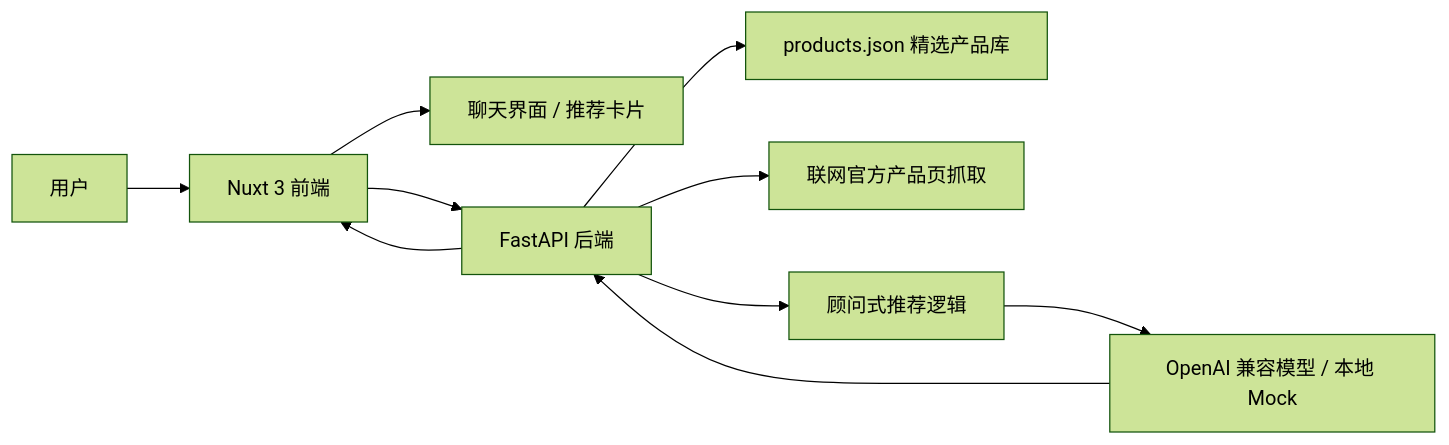
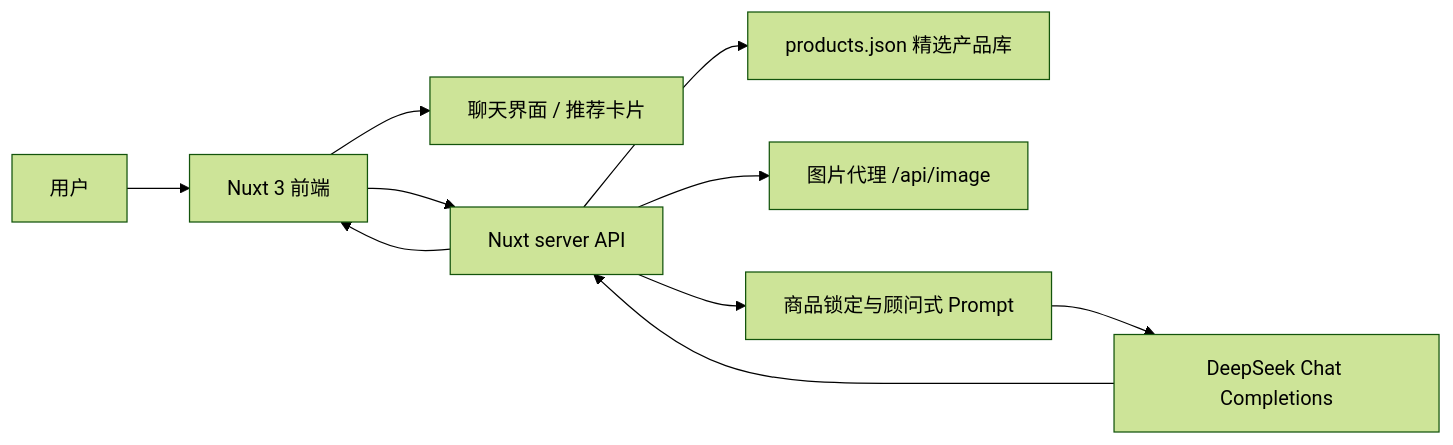
One commit to abobb414/Retail-AI-Agent changed the second of 3 diagrams in README.md. Above: the diagram before and after it, drawn with Mermaid (forest theme). The commit also changed other lines of this file and 24 other files, not shown here.

````diff
--- a/README.md
+++ b/README.md
@@ -205,12 +203,12 @@
 ```mermaid
 flowchart LR
     U["用户"] --> F["Nuxt 3 前端"]
     F --> C["聊天界面 / 推荐卡片"]
-    F --> B["FastAPI 后端"]
-    B --> P["products.json 精选产品库"]
-    B --> W["联网官方产品页抓取"]
-    B --> M["顾问式推荐逻辑"]
-    M --> O["OpenAI 兼容模型 / 本地 Mock"]
-    O --> B
-    B --> F
+    F --> A["Nuxt server API"]
+    A --> P["products.json 精选产品库"]
+    A --> I["图片代理 /api/image"]
+    A --> M["商品锁定与顾问式 Prompt"]
+    M --> O["DeepSeek Chat Completions"]
+    O --> A
+    A --> F
 ```
````
